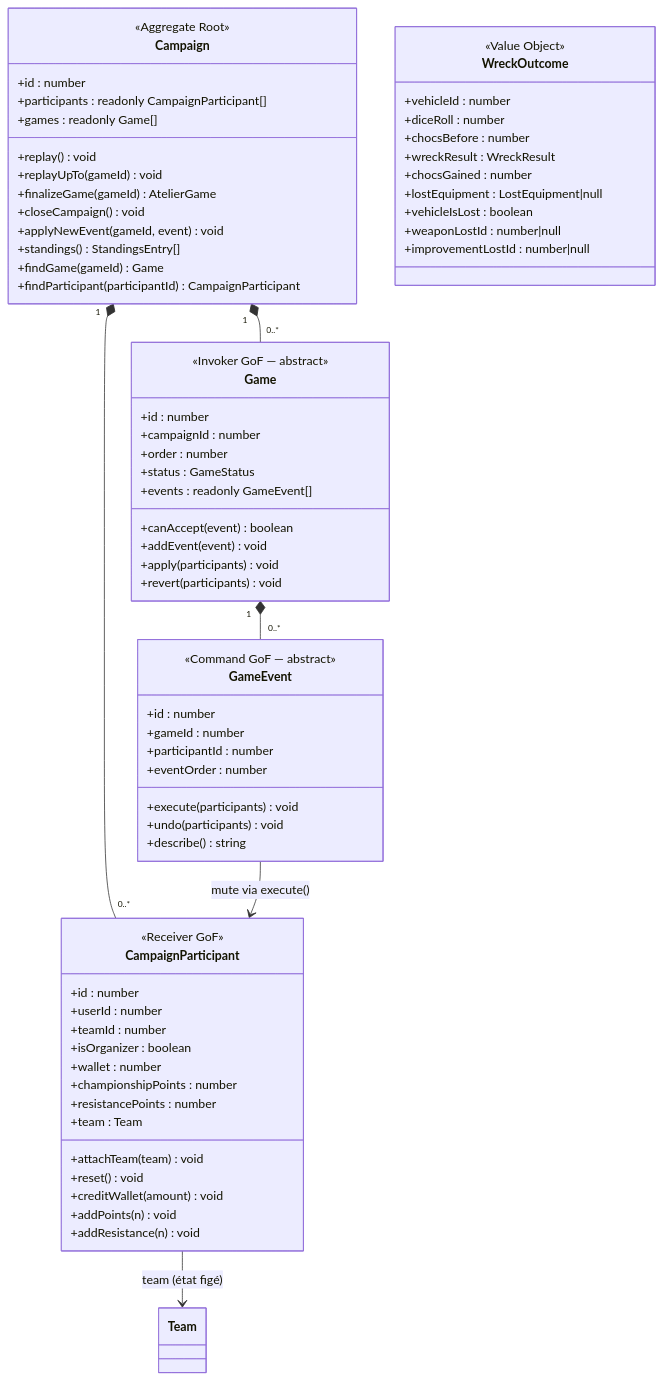
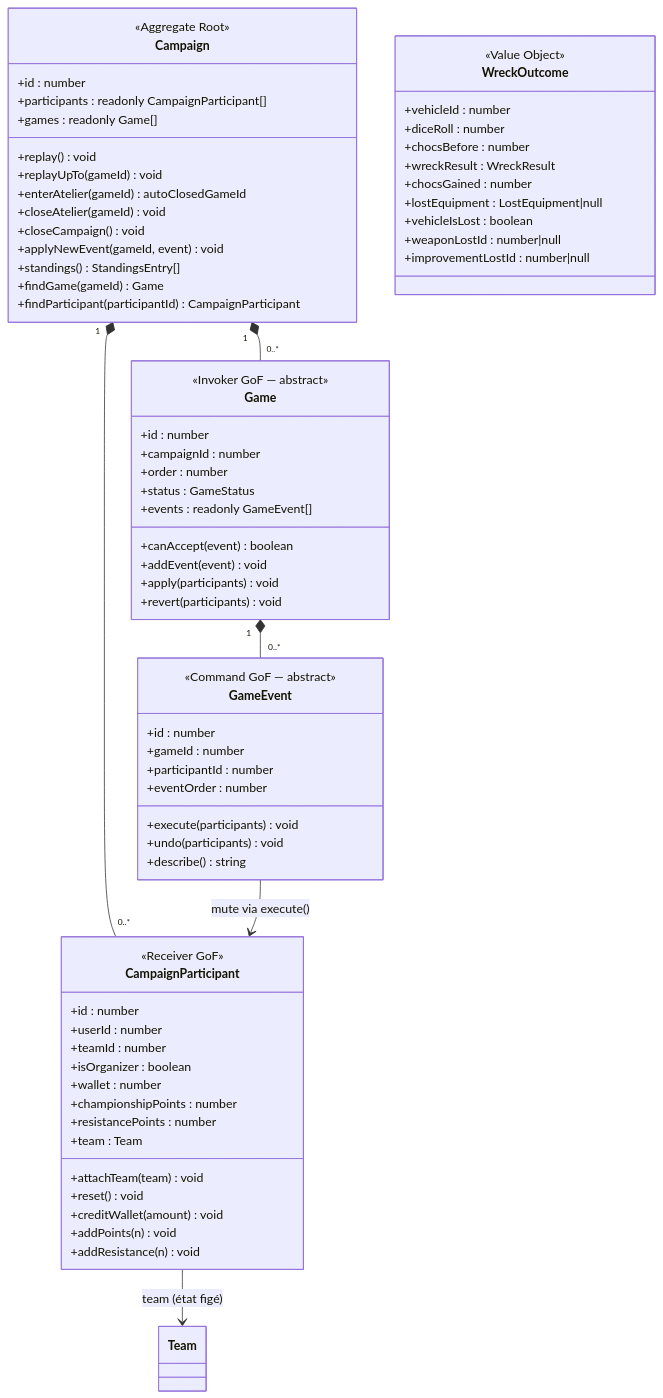
One commit to arnaudbracchetti/gaslands-manager changed the fourth of 4 diagrams in docs/DOMAIN_MODEL.md. Above: the diagram before and after it, drawn with Mermaid. The commit also changed other lines of this file and 35 other files, not shown here.

First line of the commit message:
refactor(campaign): remplace l'entité AtelierGame par un statut de cycle de vie

````diff
--- a/docs/DOMAIN_MODEL.md
+++ b/docs/DOMAIN_MODEL.md
@@ -395,79 +395,80 @@
 ```mermaid
 classDiagram
     direction TB
 
     class Campaign {
         <<Aggregate Root>>
         +id : number
         +participants : readonly CampaignParticipant[]
         +games : readonly Game[]
         +replay() void
         +replayUpTo(gameId) void
-        +finalizeGame(gameId) AtelierGame
+        +enterAtelier(gameId) autoClosedGameId
+        +closeAtelier(gameId) void
         +closeCampaign() void
         +applyNewEvent(gameId, event) void
         +standings() StandingsEntry[]
         +findGame(gameId) Game
         +findParticipant(participantId) CampaignParticipant
     }
 
     class CampaignParticipant {
         <<Receiver GoF>>
         +id : number
         +userId : number
         +teamId : number
         +isOrganizer : boolean
         +wallet : number
         +championshipPoints : number
         +resistancePoints : number
         +team : Team
         +attachTeam(team) void
         +reset() void
         +creditWallet(amount) void
         +addPoints(n) void
         +addResistance(n) void
     }
 
     class Game {
         <<Invoker GoF — abstract>>
         +id : number
         +campaignId : number
         +order : number
         +status : GameStatus
         +events : readonly GameEvent[]
         +canAccept(event) boolean
         +addEvent(event) void
         +apply(participants) void
         +revert(participants) void
     }
 
     class GameEvent {
         <<Command GoF — abstract>>
         +id : number
         +gameId : number
         +participantId : number
         +eventOrder : number
         +execute(participants) void
         +undo(participants) void
         +describe() string
     }
 
     class WreckOutcome {
         <<Value Object>>
         +vehicleId : number
         +diceRoll : number
         +chocsBefore : number
         +wreckResult : WreckResult
         +chocsGained : number
         +lostEquipment : LostEquipment|null
         +vehicleIsLost : boolean
         +weaponLostId : number|null
         +improvementLostId : number|null
     }
 
     Campaign "1" *-- "0..*" CampaignParticipant
     Campaign "1" *-- "0..*" Game
     Game "1" *-- "0..*" GameEvent
     GameEvent --> CampaignParticipant : mute via execute()
     CampaignParticipant --> Team : team (état figé)
 ```
````
